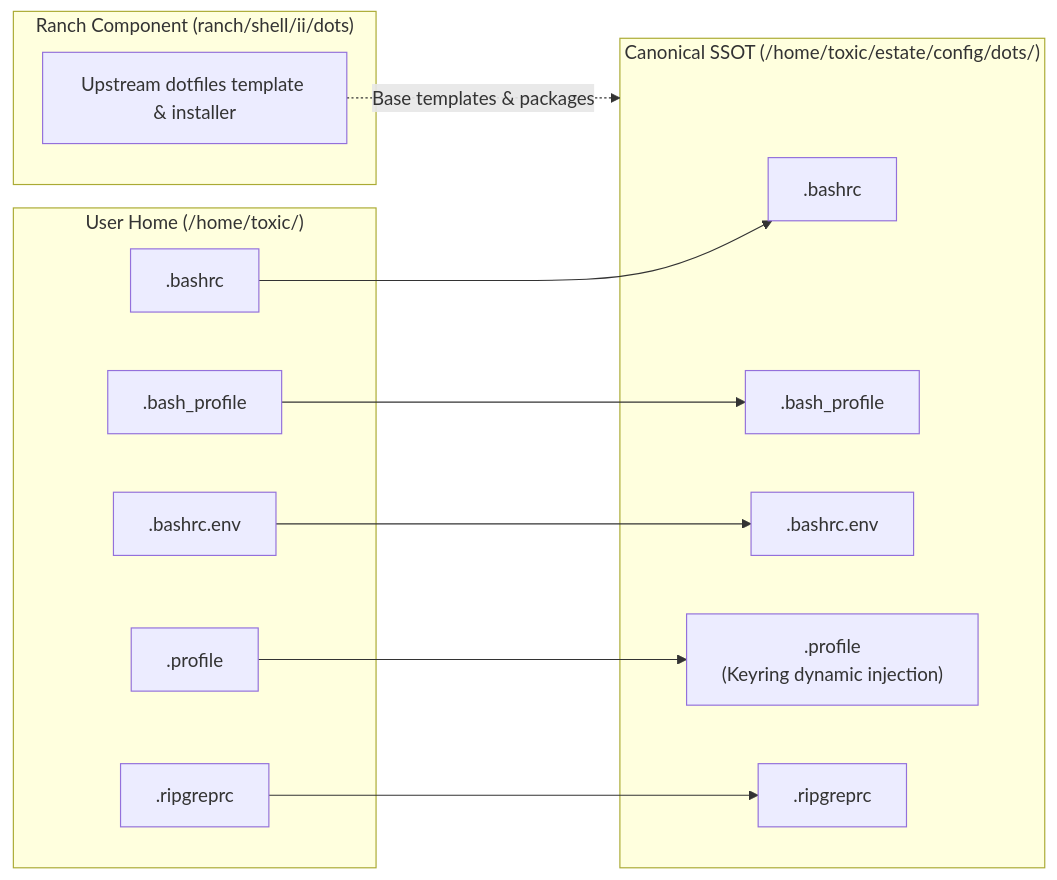
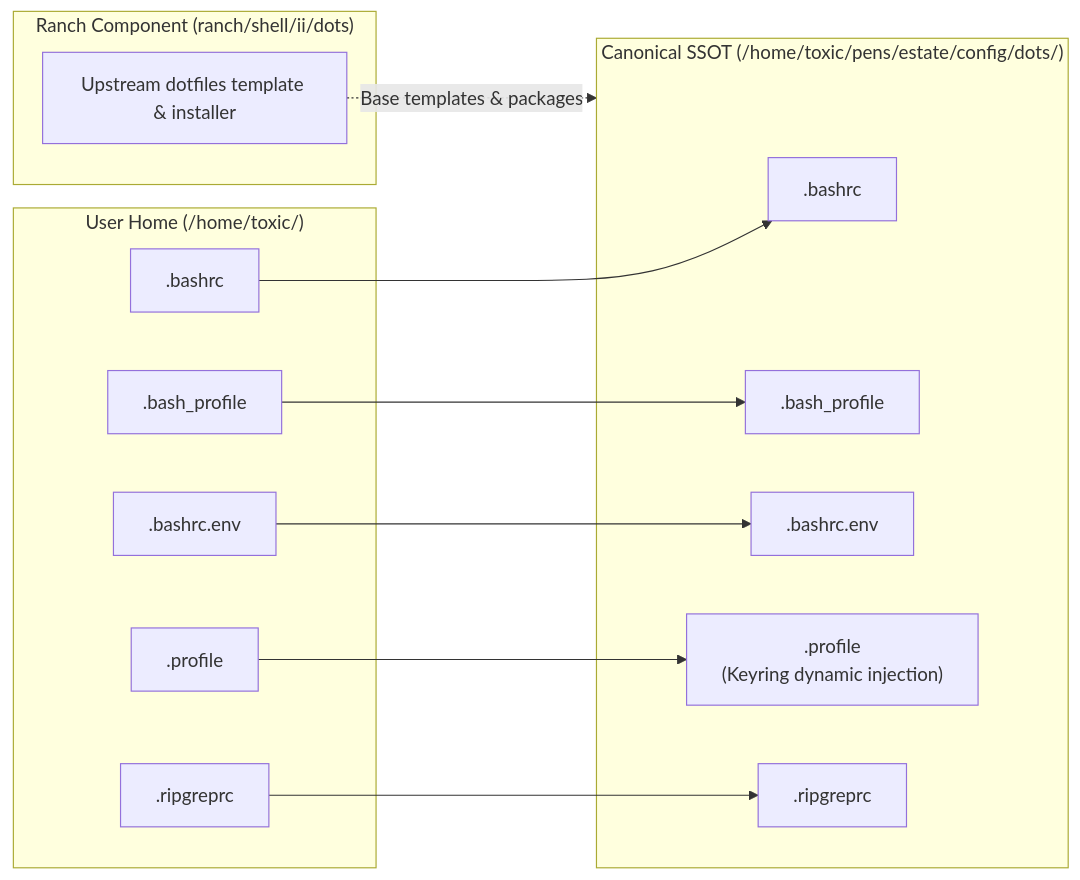
The diagram in config/dots/README.md (toxicwind/estate), drawn with Mermaid before and after one commit. The commit also changed other lines of this file and 205 other files, not shown here.

````diff
--- a/config/dots/README.md
+++ b/config/dots/README.md
@@ -11,29 +11,29 @@
 ```mermaid
 flowchart LR
     subgraph home["User Home (/home/toxic/)"]
         B[".bashrc"]
         BP[".bash_profile"]
         BE[".bashrc.env"]
         P[".profile"]
         R[".ripgreprc"]
     end
 
-    subgraph ssot["Canonical SSOT (/home/toxic/estate/config/dots/)"]
+    subgraph ssot["Canonical SSOT (/home/toxic/pens/estate/config/dots/)"]
         SB[".bashrc"]
         SBP[".bash_profile"]
         SBE[".bashrc.env"]
         SP[".profile\n(Keyring dynamic injection)"]
         SR[".ripgreprc"]
     end
 
     subgraph shell_repo["Ranch Component (ranch/shell/ii/dots)"]
         UP["Upstream dotfiles template & installer"]
     end
 
     B --> SB
     BP --> SBP
     BE --> SBE
     P --> SP
     R --> SR
     UP -.->|Base templates & packages| ssot
 ```
````
